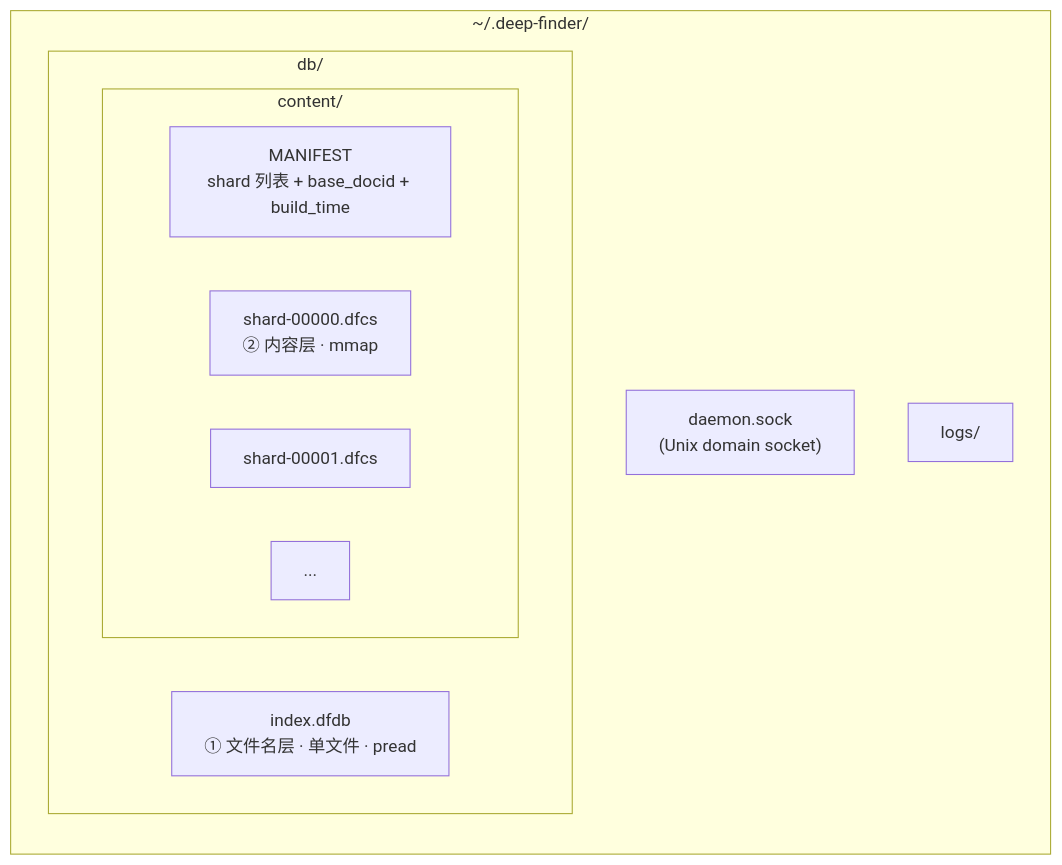
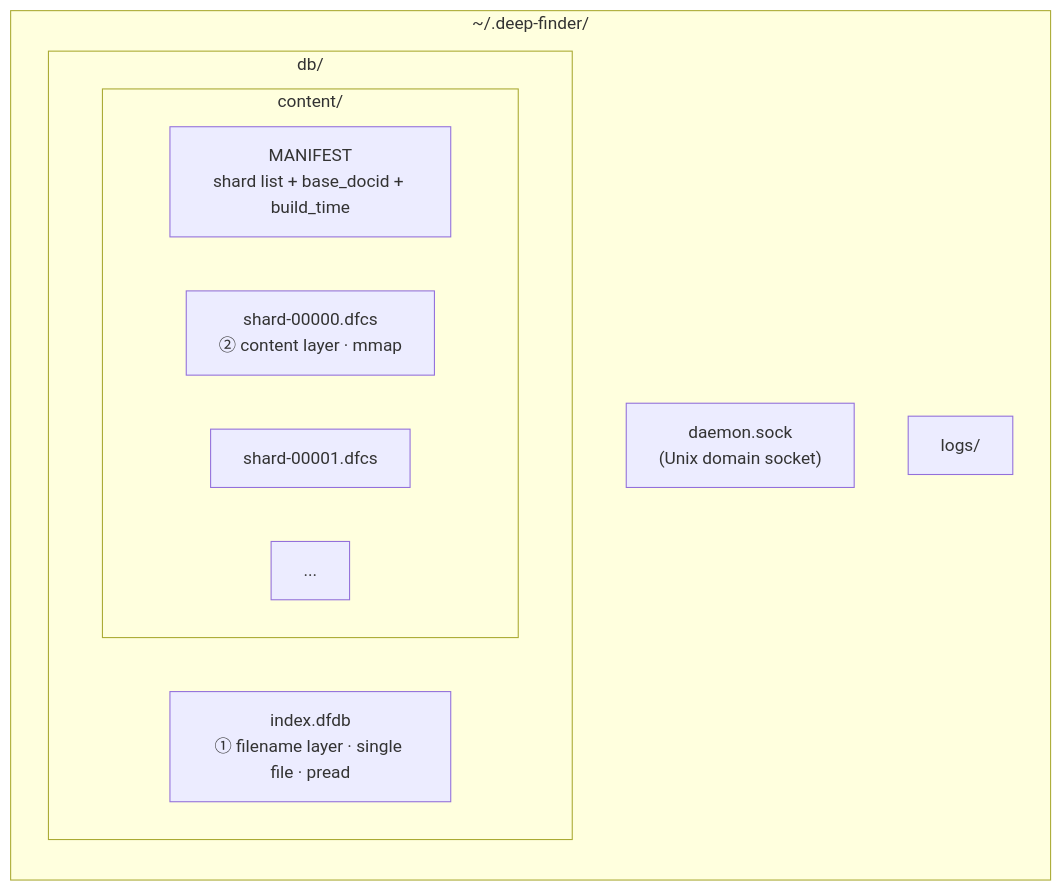
The third of 5 diagrams in docs/architecture.md (nadav-cheung/DeepFinder), drawn with Mermaid before and after one commit. The commit also changed other lines of this file and 3 other files, not shown here.

First line of the commit message:
docs: rewrite architecture/decisions/perf-baseline/tech-selection to English + OSS-standard formats

````diff
--- a/docs/architecture.md
+++ b/docs/architecture.md
@@ -94,16 +94,16 @@
 ```mermaid
 flowchart LR
     subgraph home["~/.deep-finder/"]
         SOCK["daemon.sock<br/>(Unix domain socket)"]
         subgraph dbdir["db/"]
-            FN["index.dfdb<br/>① 文件名层 · 单文件 · pread"]
+            FN["index.dfdb<br/>① filename layer · single file · pread"]
             subgraph cdir["content/"]
-                MAN["MANIFEST<br/>shard 列表 + base_docid + build_time"]
-                S1["shard-00000.dfcs<br/>② 内容层 · mmap"]
+                MAN["MANIFEST<br/>shard list + base_docid + build_time"]
+                S1["shard-00000.dfcs<br/>② content layer · mmap"]
                 S2["shard-00001.dfcs"]
                 SN["..."]
             end
         end
         LOGS["logs/"]
     end
 ```
````
